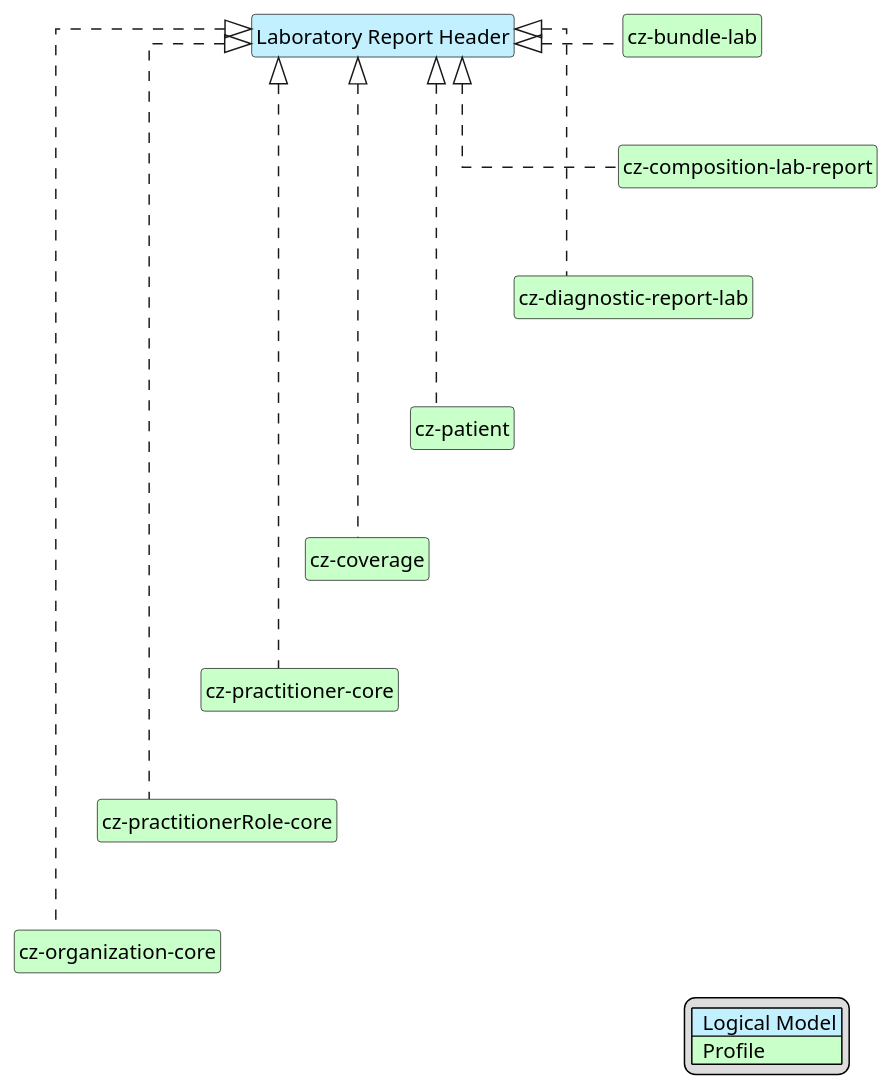
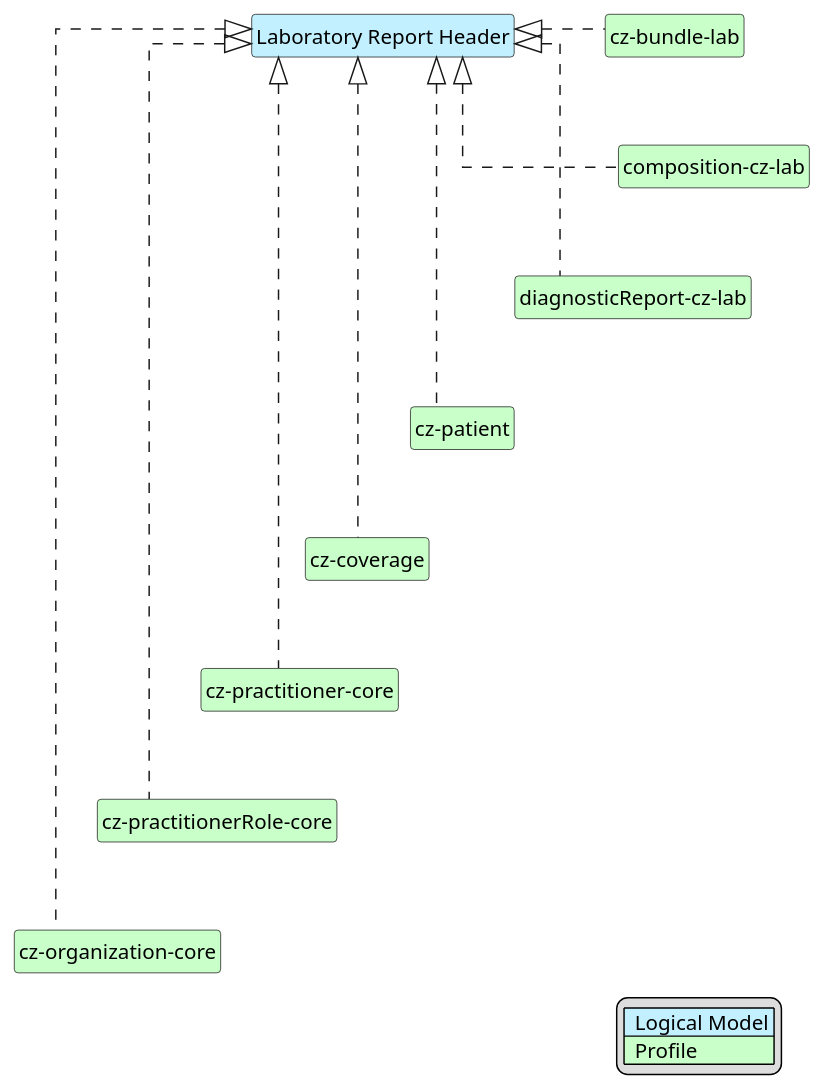
Before and after one commit to HL7-cz/cz-lab: the diagram in input/images-source/labReportHead-map-en.plantuml, drawn with PlantUML. The commit also changed 1 other file, not shown here.

```diff
--- a/input/images-source/labReportHead-map-en.plantuml
+++ b/input/images-source/labReportHead-map-en.plantuml
@@ -1,42 +1,42 @@
 @startuml labReportHead-map-en
 hide circle
 hide stereotype
 hide members
 hide methods
 skinparam linetype ortho
 skinparam class {
 BackgroundColor<<LogicalModel>> #APPLICATION
 BackgroundColor<<Profile>> #TECHNOLOGY
 }
 legend right
 | <#APPLICATION>  Logical Model |
 | <#TECHNOLOGY>  Profile |
 endlegend
 class "Laboratory Report Header" <<LogicalModel>> [[StructureDefinition-LabReportCz.html]]
 
 class "cz-bundle-lab" <<Profile>> [[StructureDefinition-cz-bundle-lab.html]]
-class "cz-composition-lab-report" <<Profile>> [[StructureDefinition-cz-composition-lab-report.html]]
-class "cz-diagnostic-report-lab" <<Profile>> [[StructureDefinition-cz-diagnostic-report-lab.html]]
+class "composition-cz-lab" <<Profile>> [[StructureDefinition-composition-cz-lab.html]]
+class "diagnosticReport-cz-lab" <<Profile>> [[StructureDefinition-diagnosticReport-cz-lab.html]]
 class "cz-patient" <<Profile>> [[https://build.fhir.org/ig/HL7-cz/cz-core/StructureDefinition-cz-patient-core.html]]
 class "cz-coverage" <<Profile>> [[https://build.fhir.org/ig/HL7-cz/cz-core/StructureDefinition-cz-coverage.html]]
 class "cz-practitioner-core" <<Profile>> [[https://build.fhir.org/ig/HL7-cz/cz-core/StructureDefinition-cz-practitioner-core.html]]
 class "cz-practitionerRole-core" <<Profile>> [[https://build.fhir.org/ig/HL7-cz/cz-core/StructureDefinition-cz-practitioner-role-core.html]]
 class "cz-organization-core" <<Profile>> [[https://build.fhir.org/ig/HL7-cz/cz-core/StructureDefinition-cz-organization-core.html]]
 
 "Laboratory Report Header" <|. "cz-bundle-lab"
-"Laboratory Report Header" <|. "cz-composition-lab-report"
-"Laboratory Report Header" <|. "cz-diagnostic-report-lab"
+"Laboratory Report Header" <|. "composition-cz-lab"
+"Laboratory Report Header" <|. "diagnosticReport-cz-lab"
 "Laboratory Report Header" <|. "cz-patient"
 "Laboratory Report Header" <|. "cz-coverage"
 "Laboratory Report Header" <|. "cz-practitioner-core"
 "Laboratory Report Header" <|. "cz-practitionerRole-core"
 "Laboratory Report Header" <|. "cz-organization-core"
 
-"cz-bundle-lab" -d[hidden]-> "cz-composition-lab-report"
-"cz-composition-lab-report" -d[hidden]-> "cz-diagnostic-report-lab"
-"cz-diagnostic-report-lab" -d[hidden]-> "cz-patient"
+"cz-bundle-lab" -d[hidden]-> "composition-cz-lab"
+"composition-cz-lab" -d[hidden]-> "diagnosticReport-cz-lab"
+"diagnosticReport-cz-lab" -d[hidden]-> "cz-patient"
 "cz-patient" -d[hidden]-> "cz-coverage"
 "cz-coverage" -d[hidden]-> "cz-practitioner-core"
 "cz-practitioner-core" -d[hidden]-> "cz-practitionerRole-core"
 "cz-practitionerRole-core" -d[hidden]-> "cz-organization-core"
 @enduml
```
